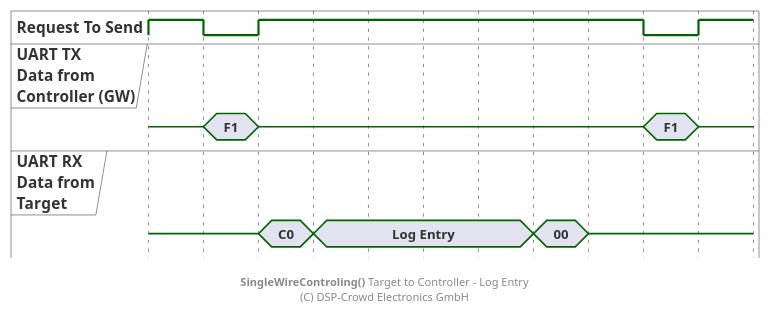
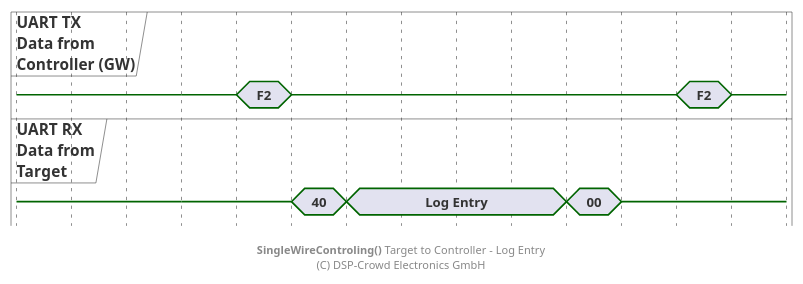
One commit to NoOrientationProgramming/code-orb changed the diagram in doc/system/protocol/A1_swt-target-to-ctrl_log.pu. Above: the diagram before and after it, drawn with PlantUML. The commit also changed 15 other files, not shown here.

```diff
--- a/doc/system/protocol/A1_swt-target-to-ctrl_log.pu
+++ b/doc/system/protocol/A1_swt-target-to-ctrl_log.pu
@@ -2,42 +2,40 @@
 @startuml
 
 hide time-axis
 
-binary "Request To Send" as rts
 concise "UART TX\nData from\nController (GW)" as ctrl
 concise "UART RX\nData from\nTarget" as tar
 
 @0
-rts is 1
+ctrl is {-}
+tar is {-}
+
+@+60
 ctrl is {-}
 tar is {-}
 
 @+20
-rts is 0
-ctrl is "F1"
+ctrl is "F2"
 
 @+20
-rts is 1
 ctrl is {-}
-tar is "C0"
+tar is "40"
 
 @+20
 tar is "Log Entry"
 
 @+80
 tar is "00"
 
 @+20
 tar is {-}
 
 @+20
-rts is 0
-ctrl is "F1"
+ctrl is "F2"
 
 @+20
-rts is 1
 ctrl is {-}
 
 footer **SingleWireControling()** Target to Controller - Log Entry\n(C) DSP-Crowd Electronics GmbH
 
 @enduml
```
